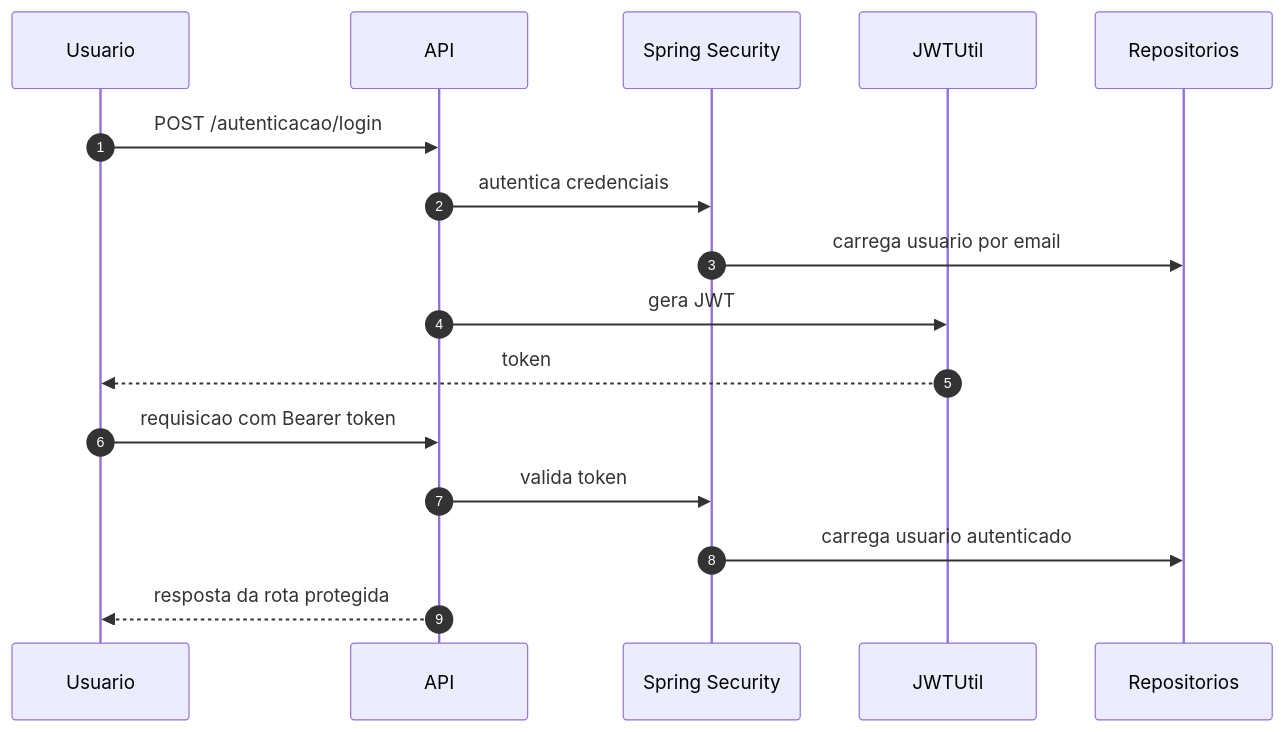
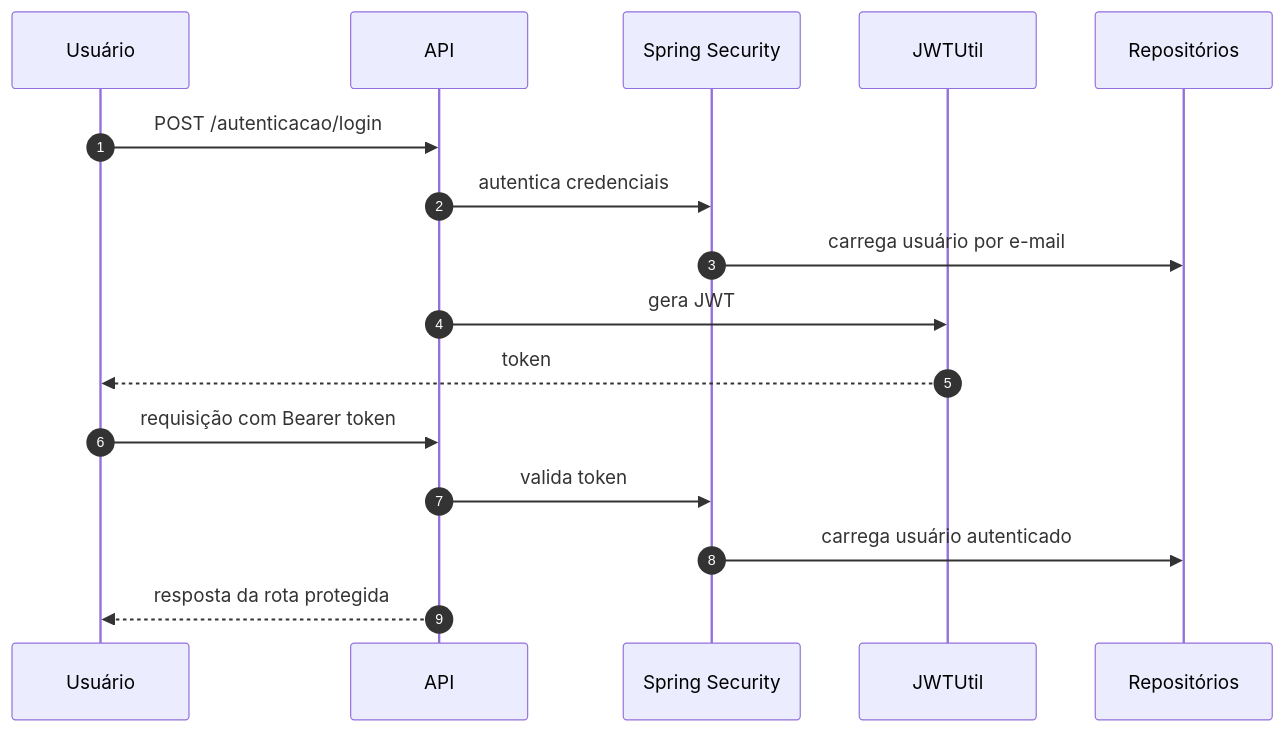
The second of 2 diagrams in README.md (MarcosAlves90/fatec-projeto-nuvem), drawn with Mermaid before and after one commit. The commit also changed other lines of this file, not shown here.

````diff
--- a/README.md
+++ b/README.md
@@ -231,19 +231,19 @@
 ```mermaid
 sequenceDiagram
     autonumber
-    participant U as Usuario
+    participant U as Usuário
     participant A as API
     participant S as Spring Security
     participant J as JWTUtil
-    participant R as Repositorios
+    participant R as Repositórios
 
     U->>A: POST /autenticacao/login
     A->>S: autentica credenciais
-    S->>R: carrega usuario por email
+    S->>R: carrega usuário por e-mail
     A->>J: gera JWT
     J-->>U: token
-    U->>A: requisicao com Bearer token
+    U->>A: requisição com Bearer token
     A->>S: valida token
-    S->>R: carrega usuario autenticado
+    S->>R: carrega usuário autenticado
     A-->>U: resposta da rota protegida
 ```
````
